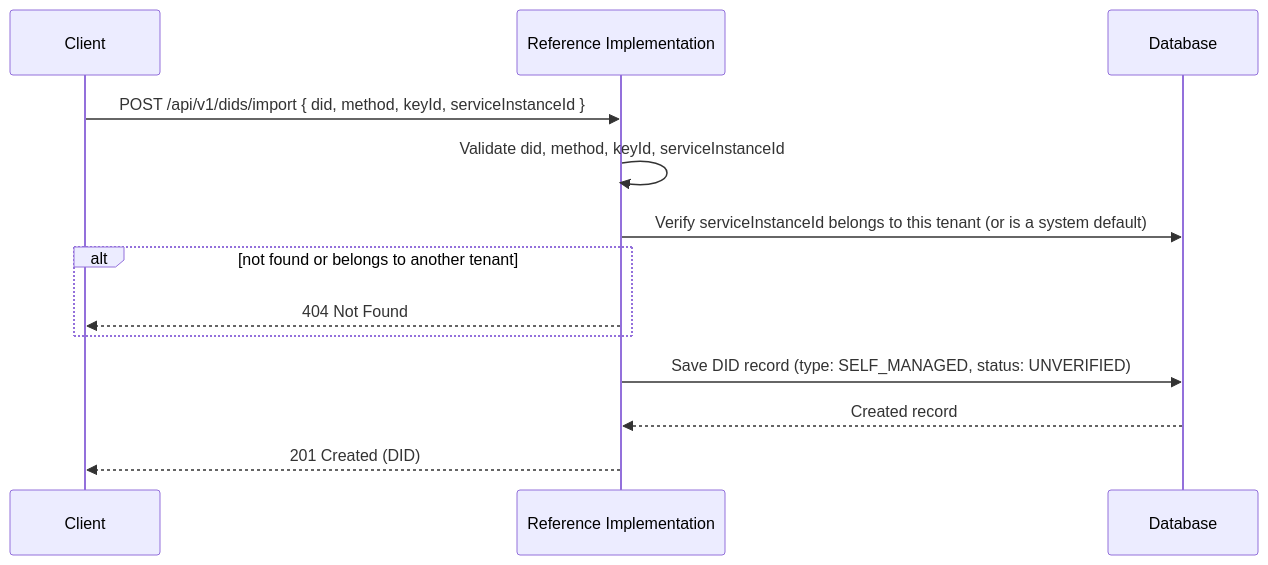
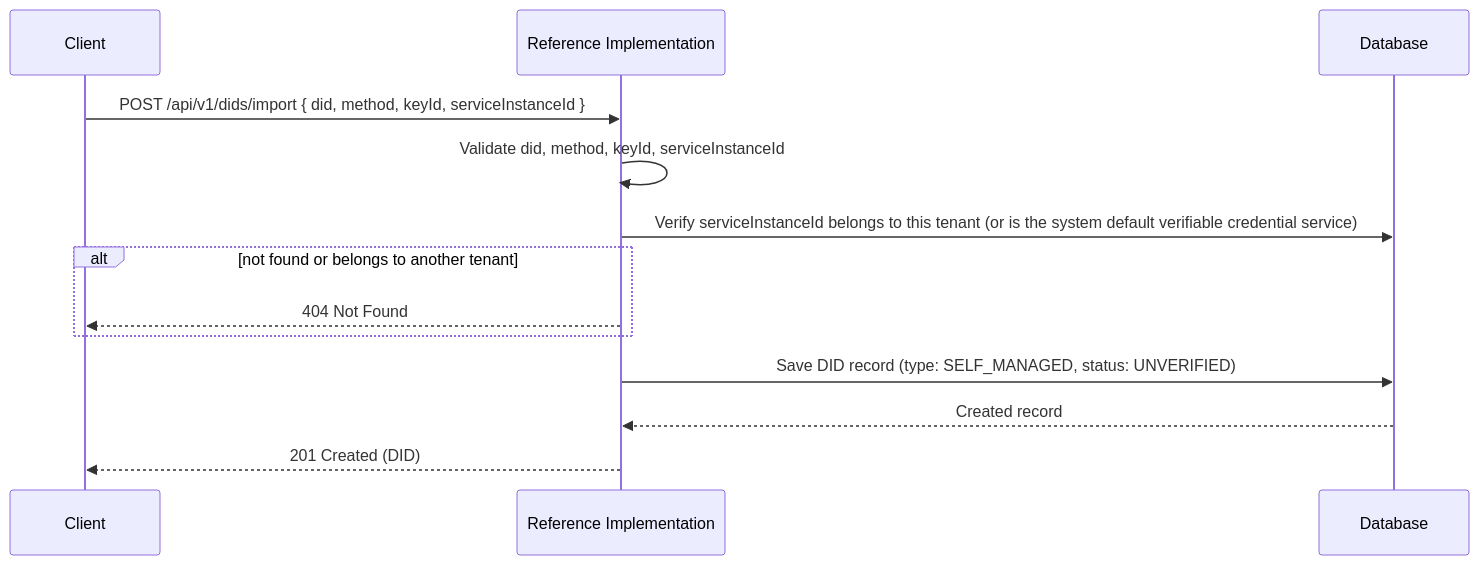
The fifth of 5 diagrams in documentation/docs/reference-implementation/api/dids.md (uncefact/tests-untp), drawn with Mermaid before and after one commit. The commit also changed other lines of this file, not shown here.

Commit message:
docs(ri): disambiguate system default DID vs service, clarify keyId

````diff
--- a/documentation/docs/reference-implementation/api/dids.md
+++ b/documentation/docs/reference-implementation/api/dids.md
@@ -345,16 +345,16 @@
 ```mermaid
 sequenceDiagram
     participant Client
     participant RI as Reference Implementation
     participant DB as Database
 
     Client->>RI: POST /api/v1/dids/import { did, method, keyId, serviceInstanceId }
     RI->>RI: Validate did, method, keyId, serviceInstanceId
-    RI->>DB: Verify serviceInstanceId belongs to this tenant (or is a system default)
+    RI->>DB: Verify serviceInstanceId belongs to this tenant (or is the system default verifiable credential service)
     alt not found or belongs to another tenant
         RI-->>Client: 404 Not Found
     end
     RI->>DB: Save DID record (type: SELF_MANAGED, status: UNVERIFIED)
     DB-->>RI: Created record
     RI-->>Client: 201 Created (DID)
 ```
````
